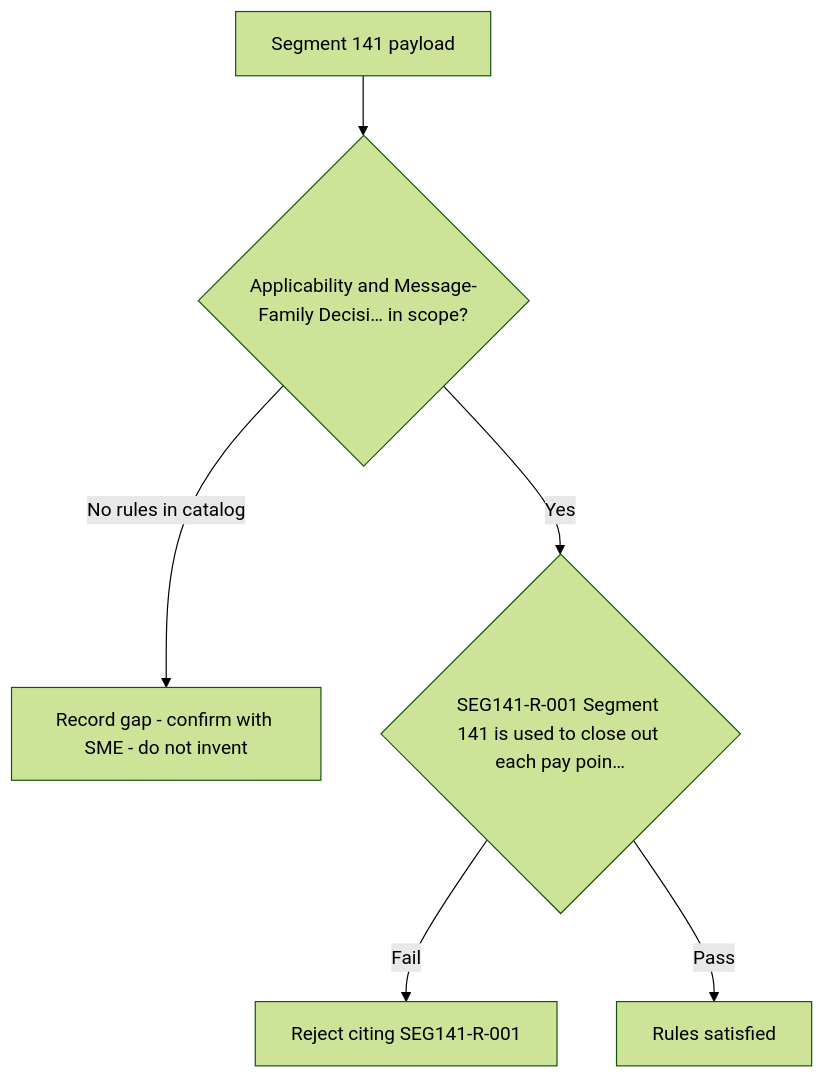
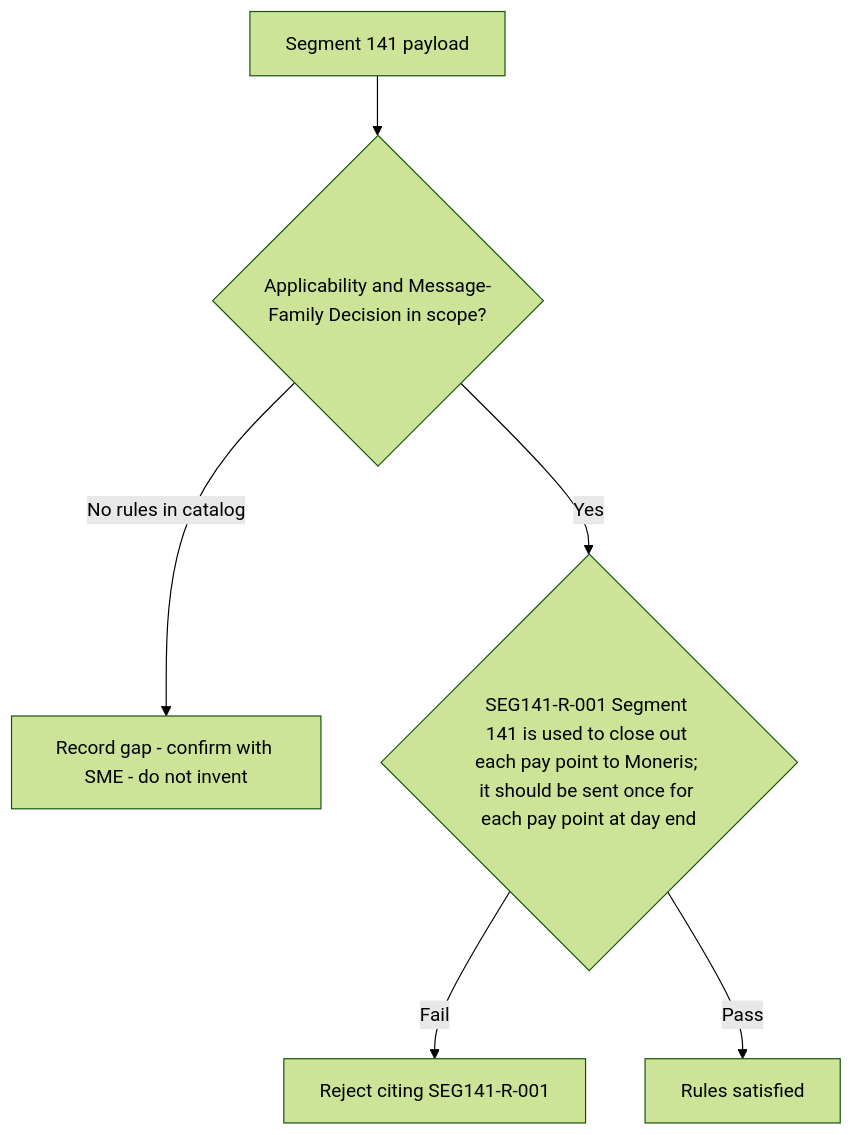
Before and after one commit to DhanSingh-hub/core-auth-ai-validation-framework: the diagram in regression-artifact-validator/specifications/ATL105/docs/specs/kb/segment-141/applicability-decision-flow.md, drawn with Mermaid (forest theme). The commit also changed 150 other files, not shown here.

````diff
--- a/regression-artifact-validator/specifications/ATL105/docs/specs/kb/segment-141/applicability-decision-flow.md
+++ b/regression-artifact-validator/specifications/ATL105/docs/specs/kb/segment-141/applicability-decision-flow.md
@@ -3,8 +3,8 @@
 ```mermaid
 flowchart TD
-    A[Segment 141 payload] --> B{Applicability and Message-Family Decisi… in scope?}
+    A[Segment 141 payload] --> B{Applicability and Message-Family Decision in scope?}
     B -->|No rules in catalog| G[Record gap - confirm with SME - do not invent]
-    B -->|Yes| R1{SEG141-R-001 Segment 141 is used to close out each pay poin…}
+    B -->|Yes| R1{SEG141-R-001 Segment 141 is used to close out each pay point to Moneris; it should be sent once for each pay point at day end}
     R1 -->|Fail| X1[Reject citing SEG141-R-001]
     R1 -->|Pass| Z[Rules satisfied]
 ```
````
